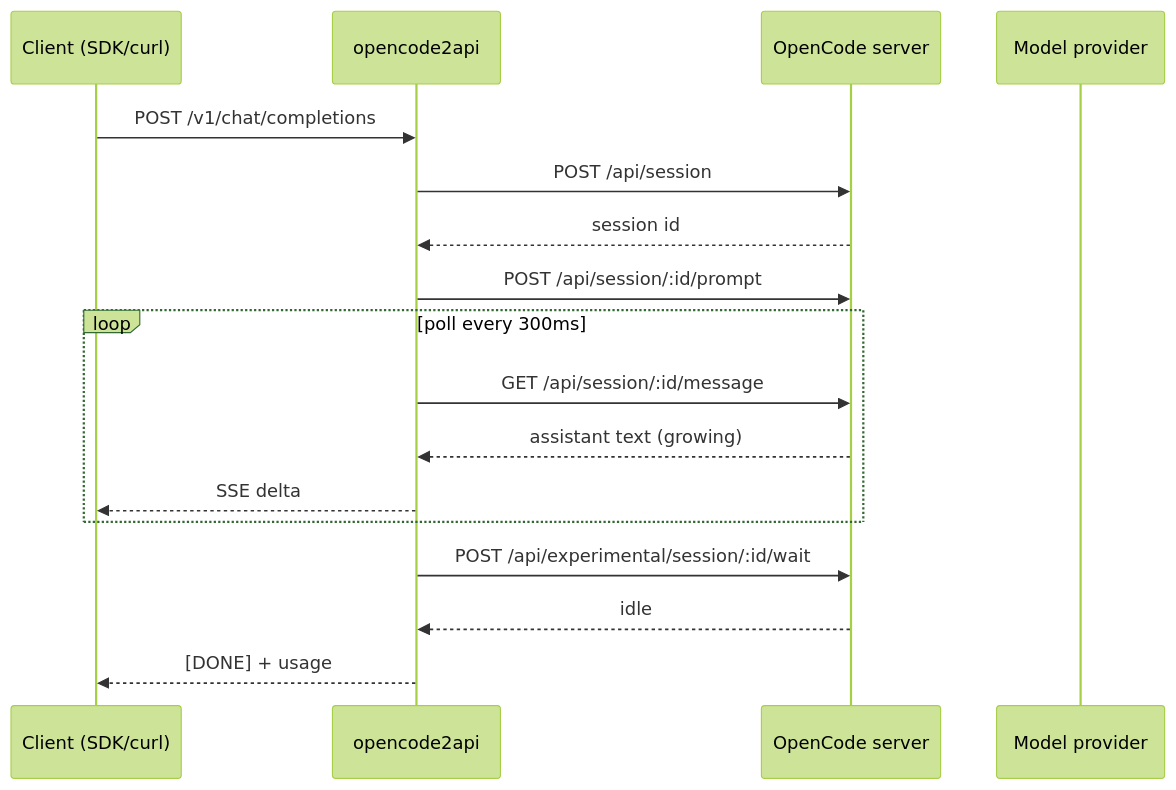
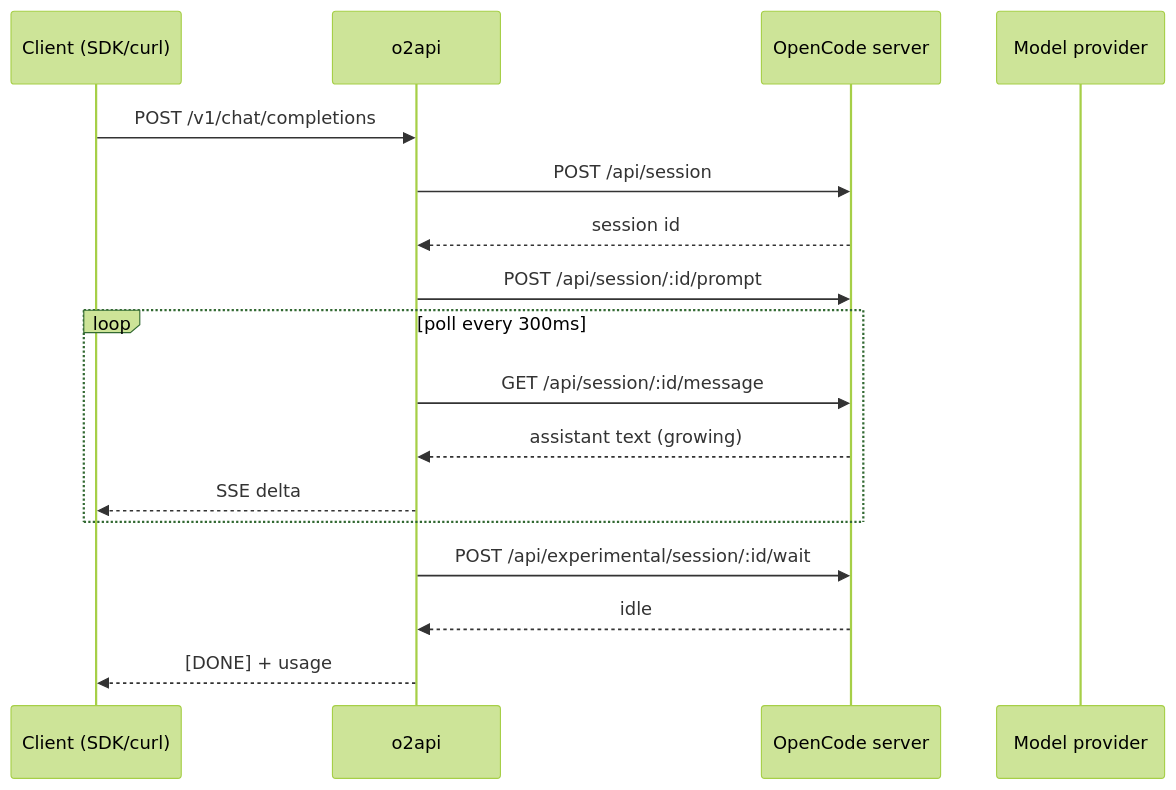
One commit to Tandarke12345560/o2api changed the diagram in README.md. Above: the diagram before and after it, drawn with Mermaid (forest theme). The commit also changed other lines of this file and 16 other files, not shown here.

````diff
--- a/README.md
+++ b/README.md
@@ -268,20 +268,20 @@
 ```mermaid
 sequenceDiagram
     participant C as Client (SDK/curl)
-    participant B as opencode2api
+    participant B as o2api
     participant O as OpenCode server
     participant M as Model provider
 
     C->>B: POST /v1/chat/completions
     B->>O: POST /api/session
     O-->>B: session id
     B->>O: POST /api/session/:id/prompt
     loop poll every 300ms
         B->>O: GET /api/session/:id/message
         O-->>B: assistant text (growing)
         B-->>C: SSE delta
     end
     B->>O: POST /api/experimental/session/:id/wait
     O-->>B: idle
     B-->>C: [DONE] + usage
 ```
````
